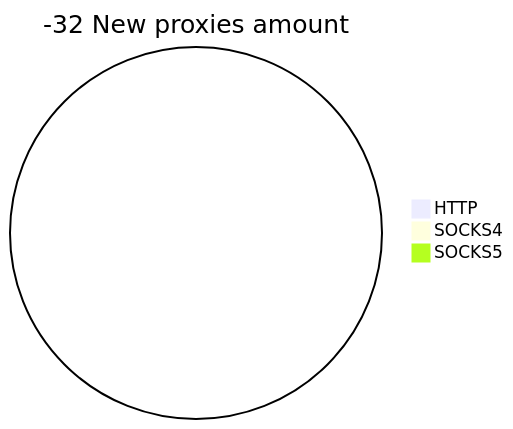
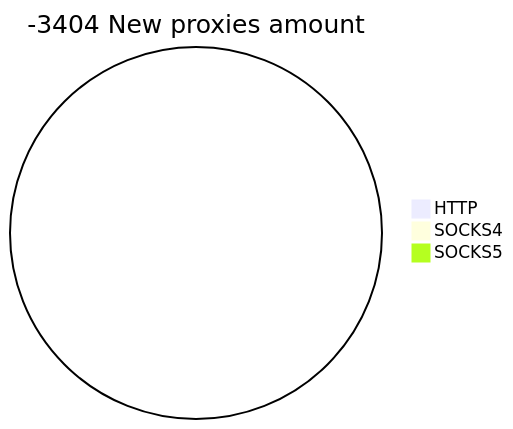
One commit to cutipu/proxylist changed the second of 2 diagrams in README.md. Above: the diagram before and after it, drawn with Mermaid. The commit also changed other lines of this file, not shown here.

````diff
--- a/README.md
+++ b/README.md
@@ -10,6 +10,6 @@
 ```mermaid
-pie title -32 New proxies amount
+pie title -3404 New proxies amount
     "HTTP" : 0
     "SOCKS4" : 0
     "SOCKS5" : 0
 ```
````
